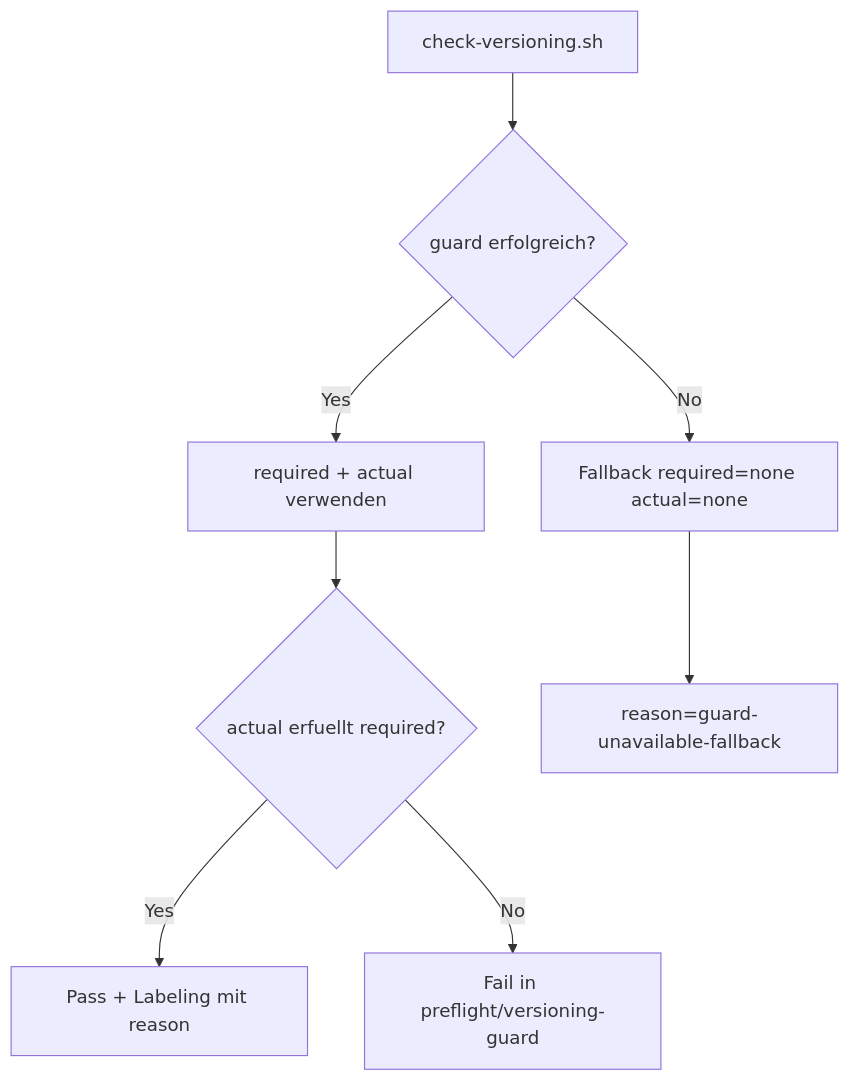
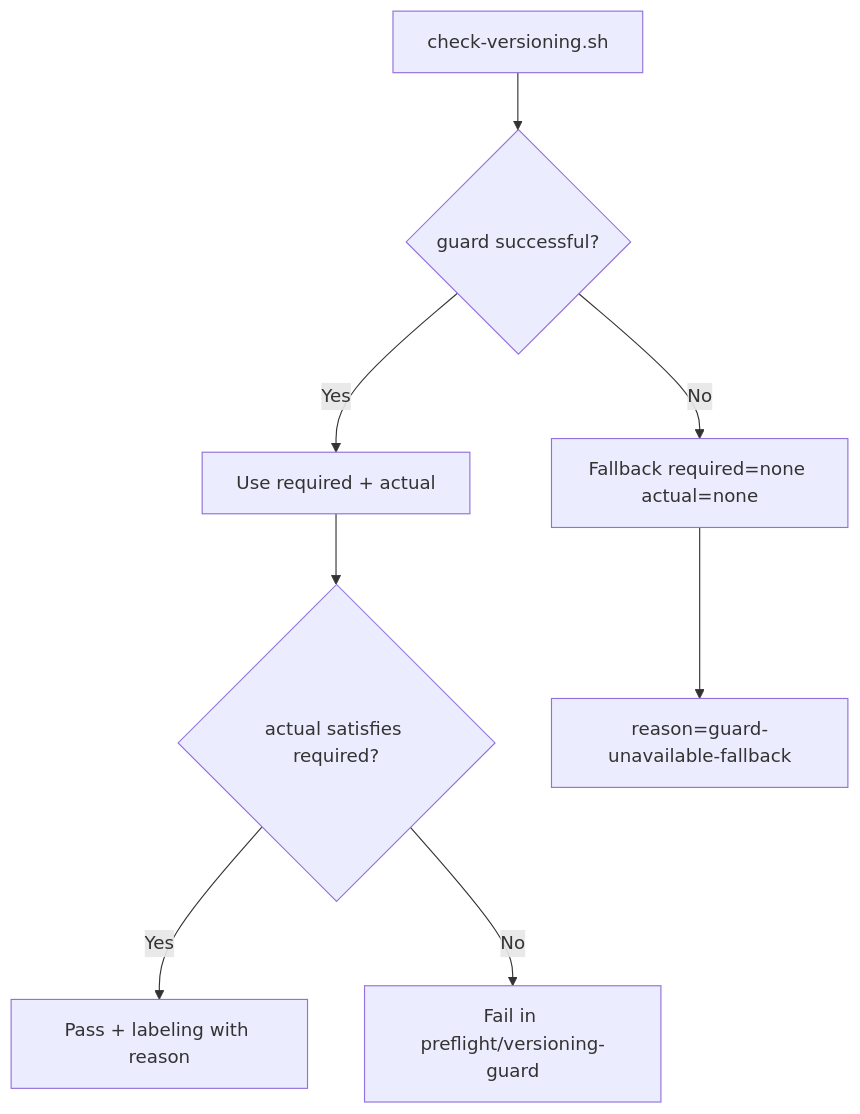
The fourth of 4 diagrams in docs/versioning/104_POLICY_LABELING.MD (tomtastisch/FileClassifier), drawn with Mermaid before and after one commit. The commit also changed other lines of this file and 36 other files, not shown here.

````diff
--- a/docs/versioning/104_POLICY_LABELING.MD
+++ b/docs/versioning/104_POLICY_LABELING.MD
@@ -99,10 +99,10 @@
 ```mermaid
 flowchart TD
-  A["check-versioning.sh"] --> B{"guard erfolgreich?"}
-  B -- Yes --> C["required + actual verwenden"]
+  A["check-versioning.sh"] --> B{"guard successful?"}
+  B -- Yes --> C["Use required + actual"]
   B -- No --> D["Fallback required=none actual=none"]
-  C --> E{"actual erfuellt required?"}
+  C --> E{"actual satisfies required?"}
   D --> F["reason=guard-unavailable-fallback"]
-  E -- Yes --> G["Pass + Labeling mit reason"]
+  E -- Yes --> G["Pass + labeling with reason"]
   E -- No --> H["Fail in preflight/versioning-guard"]
 ```
````
